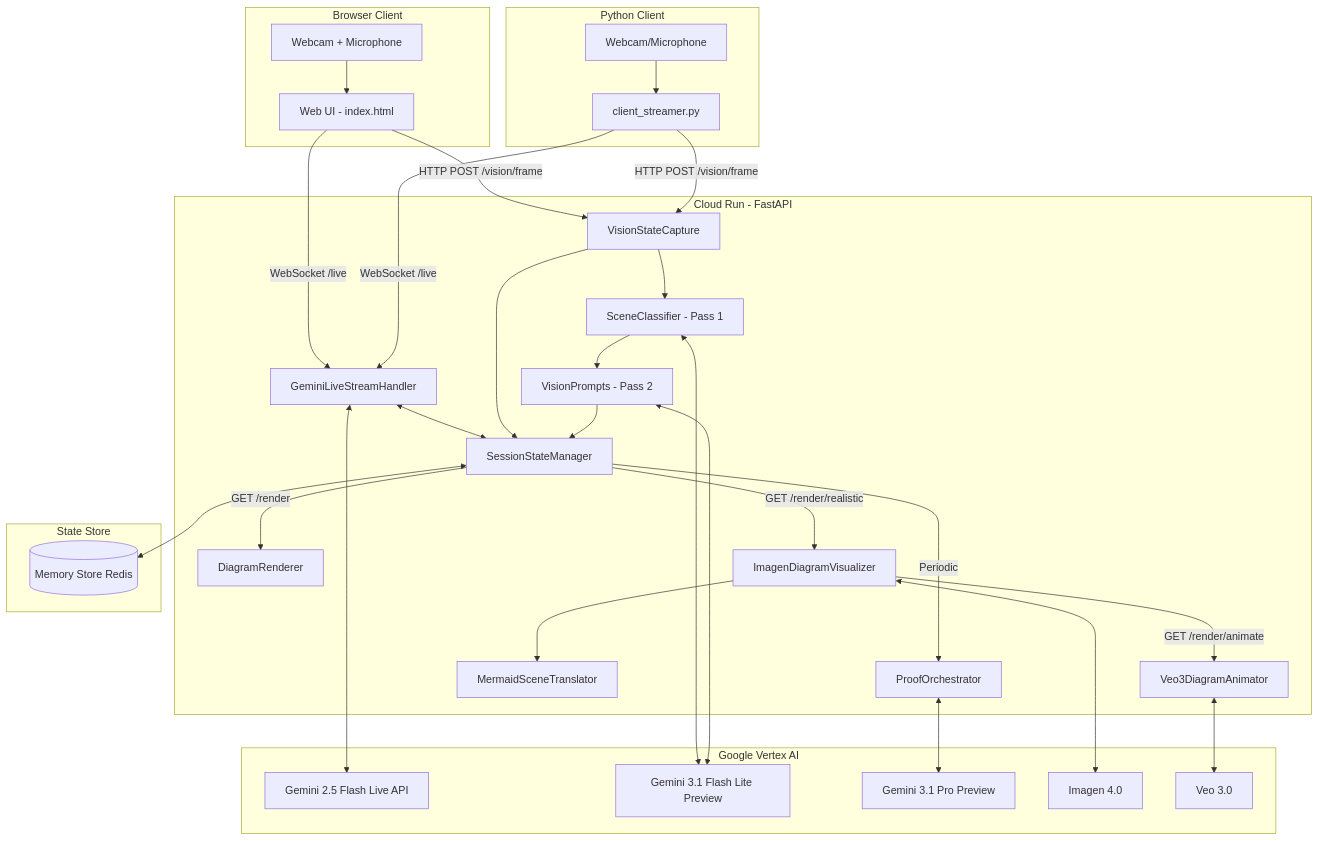
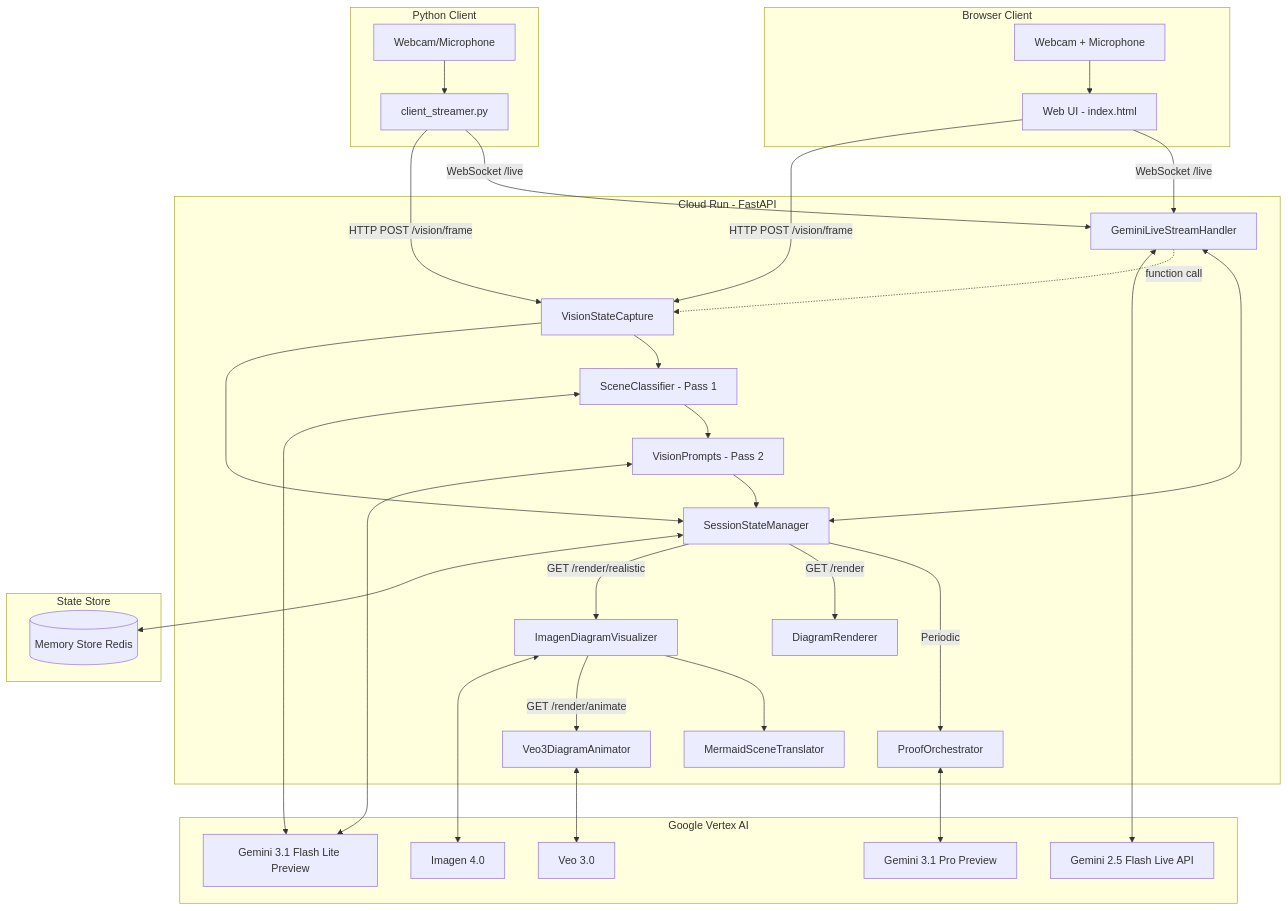
One commit to ithllc/FUSE changed the diagram in docs/architecture/SYSTEM_OVERVIEW.md. Above: the diagram before and after it, drawn with Mermaid. The commit also changed other lines of this file and 4 other files, not shown here.

````diff
--- a/docs/architecture/SYSTEM_OVERVIEW.md
+++ b/docs/architecture/SYSTEM_OVERVIEW.md
@@ -6,40 +6,41 @@
 ```mermaid
 graph TD
     subgraph Browser Client
         B1[Webcam + Microphone] --> B2[Web UI - index.html]
     end
 
     subgraph Python Client
         C1[Webcam/Microphone] --> C2[client_streamer.py]
     end
 
     subgraph Cloud Run - FastAPI
         B2 -- WebSocket /live --> H1[GeminiLiveStreamHandler]
         C2 -- WebSocket /live --> H1
         B2 -- HTTP POST /vision/frame --> V1[VisionStateCapture]
         C2 -- HTTP POST /vision/frame --> V1
         V1 --> SC[SceneClassifier - Pass 1]
         SC --> VP[VisionPrompts - Pass 2]
         H1 <--> S1[SessionStateManager]
+        H1 -. function call .-> V1
         V1 --> S1
         VP --> S1
         S1 -- Periodic --> P1[ProofOrchestrator]
         S1 -- GET /render --> R1[DiagramRenderer]
         S1 -- GET /render/realistic --> IM[ImagenDiagramVisualizer]
         IM --> MST[MermaidSceneTranslator]
         IM -- GET /render/animate --> VEO[Veo3DiagramAnimator]
     end
 
     subgraph Google Vertex AI
         H1 <--> G1[Gemini 2.5 Flash Live API]
         SC <--> G2[Gemini 3.1 Flash Lite Preview]
         VP <--> G2
         P1 <--> G3[Gemini 3.1 Pro Preview]
         IM <--> G4[Imagen 4.0]
         VEO <--> G5[Veo 3.0]
     end
 
     subgraph State Store
         S1 <--> R2[(Memory Store Redis)]
     end
 ```
````
